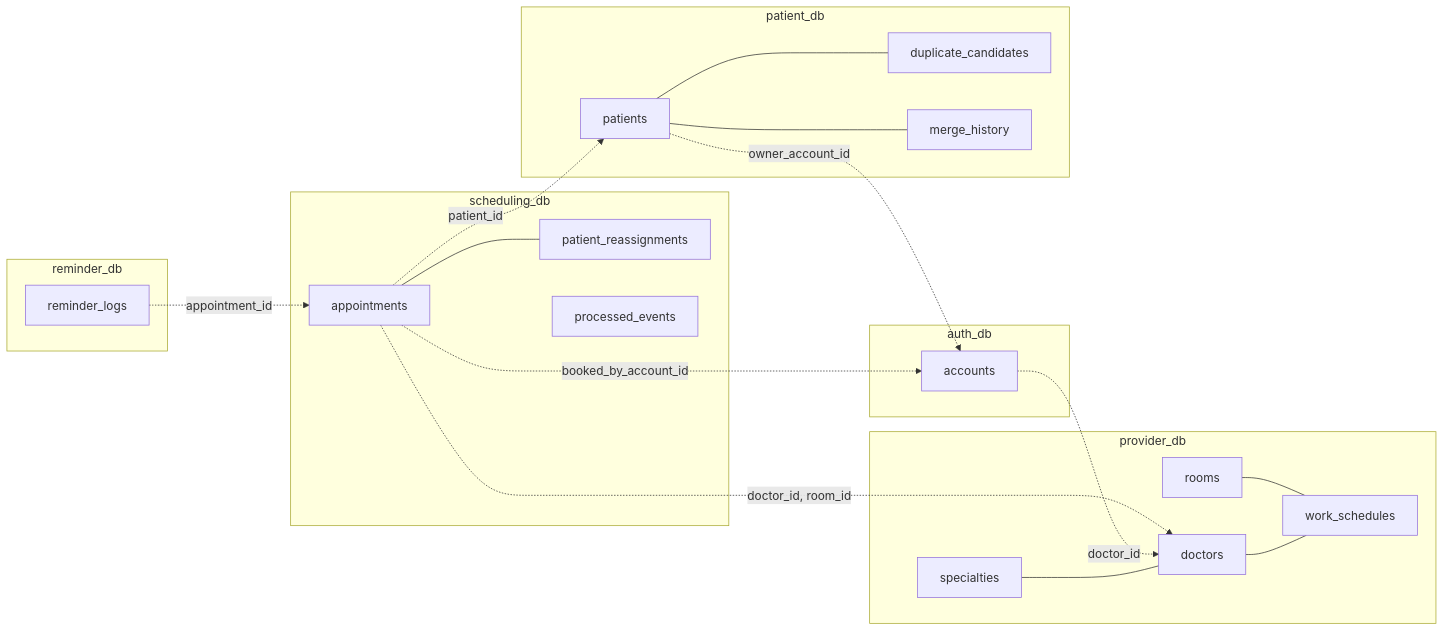
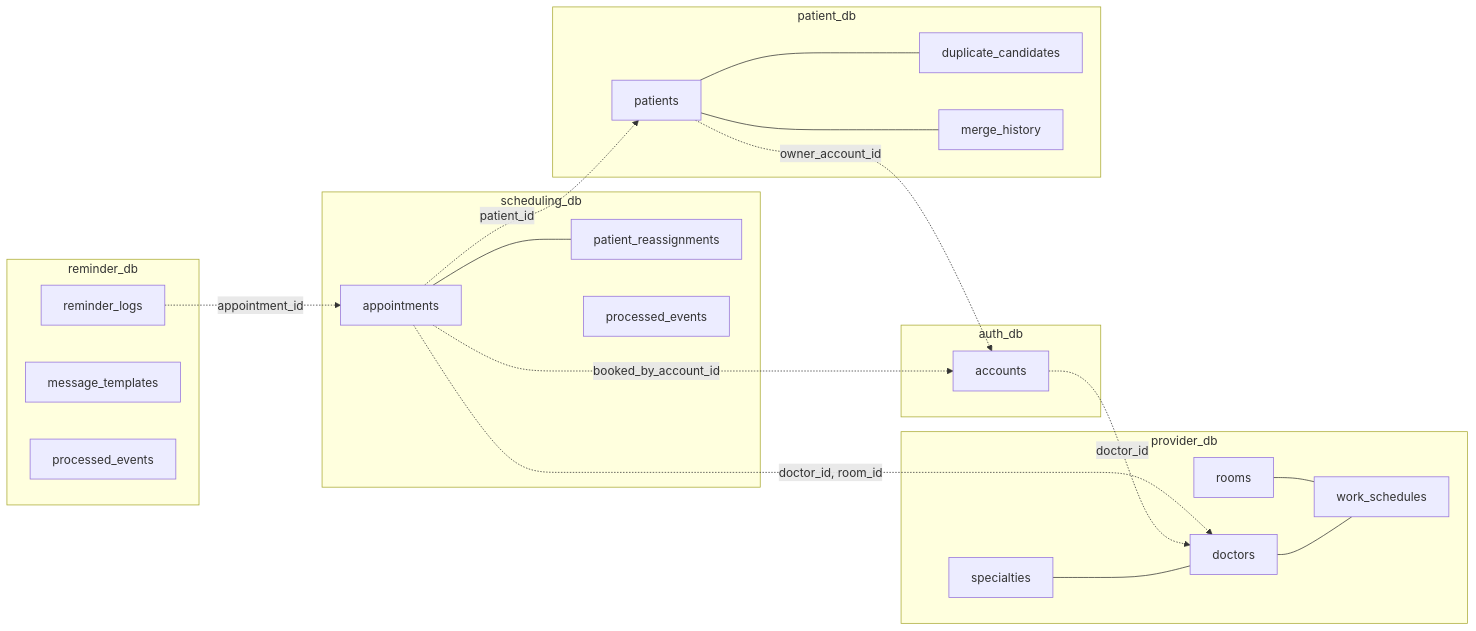
Before and after one commit to ThaddeusLap226214/dat-lich-kham: the first of 5 diagrams in docs/03-thiet-ke-csdl.md, drawn with Mermaid. The commit also changed other lines of this file and 6 other files, not shown here.

````diff
--- a/docs/03-thiet-ke-csdl.md
+++ b/docs/03-thiet-ke-csdl.md
@@ -37,29 +37,31 @@
 ```mermaid
 flowchart LR
     subgraph auth_db
         accounts
     end
     subgraph provider_db
         specialties --- doctors
         doctors --- work_schedules
         rooms --- work_schedules
     end
     subgraph patient_db
         patients --- duplicate_candidates
         patients --- merge_history
     end
     subgraph scheduling_db
         appointments --- patient_reassignments
         processed_events
     end
     subgraph reminder_db
         reminder_logs
+        message_templates
+        reminder_events[processed_events]
     end
 
     accounts -. doctor_id .-> doctors
     patients -. owner_account_id .-> accounts
     appointments -. patient_id .-> patients
     appointments -. doctor_id, room_id .-> doctors
     appointments -. booked_by_account_id .-> accounts
     reminder_logs -. appointment_id .-> appointments
 ```
````
